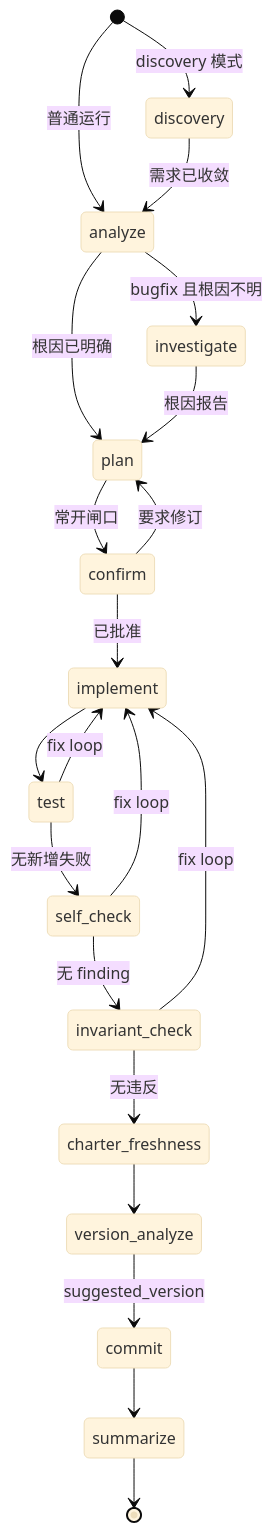
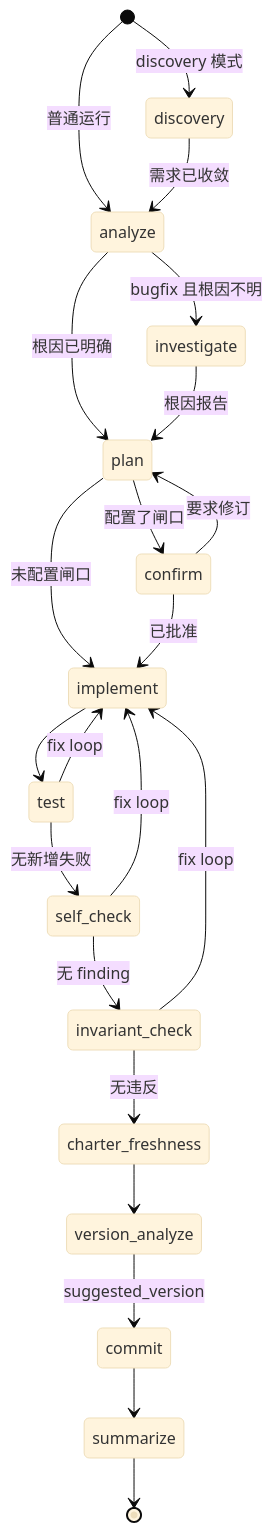
One commit to CoREse/se3 changed the diagram in README.zh.md. Above: the diagram before and after it, drawn with Mermaid (base theme). The commit also changed other lines of this file and 5 other files, not shown here.

````diff
--- a/README.zh.md
+++ b/README.zh.md
@@ -224,29 +224,30 @@
 ```mermaid
 stateDiagram-v2
     direction TB
 
     [*] --> discovery: discovery 模式
     [*] --> analyze: 普通运行
     discovery --> analyze: 需求已收敛
 
     analyze --> investigate: bugfix 且根因不明
     analyze --> plan: 根因已明确
     investigate --> plan: 根因报告
 
-    plan --> confirm: 常开闸口
+    plan --> confirm: 配置了闸口
+    plan --> implement: 未配置闸口
     confirm --> plan: 要求修订
     confirm --> implement: 已批准
 
     implement --> test
     test --> self_check: 无新增失败
     self_check --> invariant_check: 无 finding
     invariant_check --> charter_freshness: 无违反
     charter_freshness --> version_analyze
     version_analyze --> commit: suggested_version
     commit --> summarize
     summarize --> [*]
 
     test --> implement: fix loop
     self_check --> implement: fix loop
     invariant_check --> implement: fix loop
 ```
````
